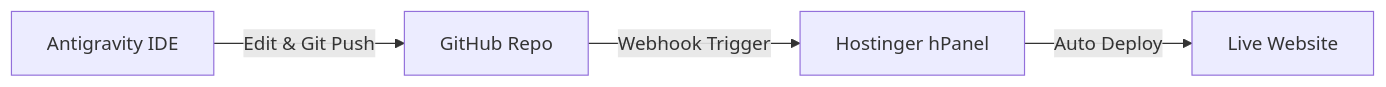
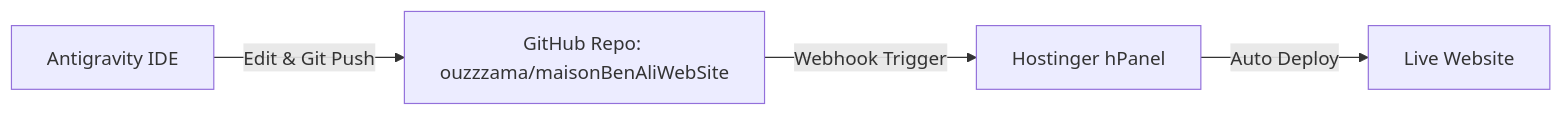
One commit to ouzzzama/maisonBenAliWebSite changed the diagram in HOSTINGER_GIT_SETUP.md. Above: the diagram before and after it, drawn with Mermaid. The commit also changed other lines of this file and 2 other files, not shown here.

````diff
--- a/HOSTINGER_GIT_SETUP.md
+++ b/HOSTINGER_GIT_SETUP.md
@@ -9,6 +9,6 @@
 ```mermaid
 graph LR
-    A[Antigravity IDE] -->|Edit & Git Push| B[GitHub Repo]
+    A[Antigravity IDE] -->|Edit & Git Push| B[GitHub Repo: ouzzzama/maisonBenAliWebSite]
     B -->|Webhook Trigger| C[Hostinger hPanel]
     C -->|Auto Deploy| D[Live Website]
 ```
````
